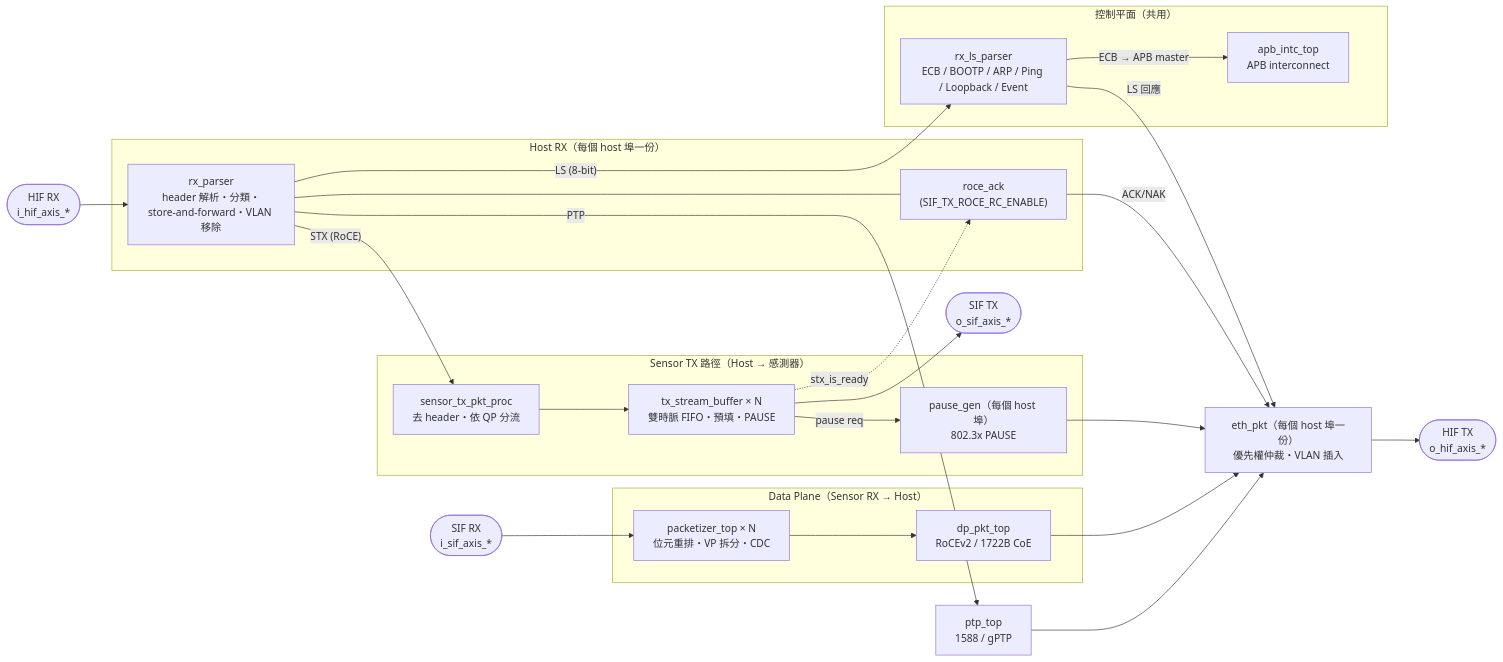
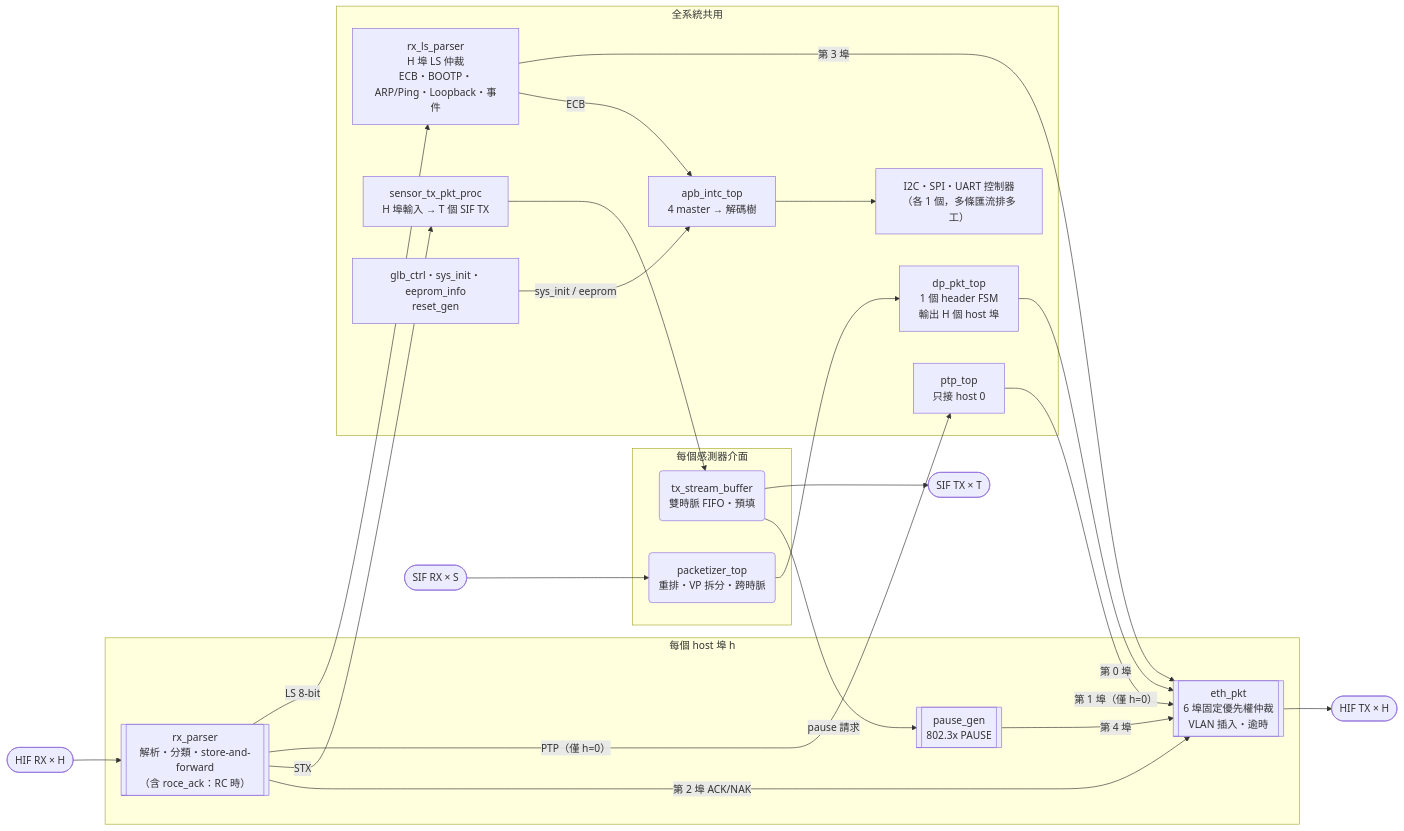
One commit to blue31606/hsb-ana changed the second of 6 diagrams in docs/architecture/overview.md. Above: the diagram before and after it, drawn with Mermaid. The commit also changed other lines of this file and 13 other files, not shown here.

First line of the commit message:
v5: redraw block views, deepen control plane, RoCE, CDC and bridge

````diff
--- a/docs/architecture/overview.md
+++ b/docs/architecture/overview.md
@@ -32,46 +36,45 @@
 ```mermaid
 flowchart LR
-  MACRX(["HIF RX<br/>i_hif_axis_*"])
-  MACTX(["HIF TX<br/>o_hif_axis_*"])
-  SIFRX(["SIF RX<br/>i_sif_axis_*"])
-  SIFTX(["SIF TX<br/>o_sif_axis_*"])
+  MACRX(["HIF RX × H"])
+  MACTX(["HIF TX × H"])
+  SIFRX(["SIF RX × S"])
+  SIFTX(["SIF TX × T"])
 
-  subgraph RX["Host RX（每個 host 埠一份）"]
-    RXP["rx_parser<br/>header 解析・分類・<br/>store-and-forward・VLAN 移除"]
-    RACK["roce_ack<br/>(SIF_TX_ROCE_RC_ENABLE)"]
+  subgraph PERHOST["每個 host 埠 h"]
+    RXP[["rx_parser<br/>解析・分類・store-and-forward<br/>（含 roce_ack：RC 時）"]]
+    ETH[["eth_pkt<br/>6 埠固定優先權仲裁<br/>VLAN 插入・逾時"]]
+    PG[["pause_gen<br/>802.3x PAUSE"]]
   end
 
-  subgraph CTRL["控制平面（共用）"]
-    LSP["rx_ls_parser<br/>ECB / BOOTP / ARP / Ping / Loopback / Event"]
-    APB["apb_intc_top<br/>APB interconnect"]
+  subgraph SHARED["全系統共用"]
+    LSP["rx_ls_parser<br/>H 埠 LS 仲裁<br/>ECB・BOOTP・ARP/Ping・Loopback・事件"]
+    PTP["ptp_top<br/>只接 host 0"]
+    DPP["dp_pkt_top<br/>1 個 header FSM<br/>輸出 H 個 host 埠"]
+    STXP["sensor_tx_pkt_proc<br/>H 埠輸入 → T 個 SIF TX"]
+    APB["apb_intc_top<br/>4 master → 解碼樹"]
+    GLB["glb_ctrl・sys_init・eeprom_info<br/>reset_gen"]
+    PERI["I2C・SPI・UART 控制器<br/>（各 1 個，多條匯流排多工）"]
   end
 
-  subgraph STX["Sensor TX 路徑（Host → 感測器）"]
-    STXP["sensor_tx_pkt_proc<br/>去 header・依 QP 分流"]
-    TSB["tx_stream_buffer × N<br/>雙時脈 FIFO・預填・PAUSE"]
-    PG["pause_gen（每個 host 埠）<br/>802.3x PAUSE"]
+  subgraph PERSIF["每個感測器介面"]
+    PKZ("packetizer_top<br/>重排・VP 拆分・跨時脈")
+    TSB("tx_stream_buffer<br/>雙時脈 FIFO・預填")
   end
 
-  subgraph DP["Data Plane（Sensor RX → Host）"]
-    PKZ["packetizer_top × N<br/>位元重排・VP 拆分・CDC"]
-    DPP["dp_pkt_top<br/>RoCEv2 / 1722B CoE"]
-  end
-
-  PTP["ptp_top<br/>1588 / gPTP"]
-  ETH["eth_pkt（每個 host 埠一份）<br/>優先權仲裁・VLAN 插入"]
-
   MACRX --> RXP
-  RXP --- RACK
-  RXP -- "LS (8-bit)" --> LSP
-  RXP -- "STX (RoCE)" --> STXP
-  RXP -- "PTP" --> PTP
-  RACK -- "ACK/NAK" --> ETH
+  RXP -- "LS 8-bit" --> LSP
+  RXP -- "PTP（僅 h=0）" --> PTP
+  RXP -- "STX" --> STXP
   STXP --> TSB --> SIFTX
-  TSB -- "pause req" --> PG --> ETH
-  TSB -. "stx_is_ready" .-> RACK
-  SIFRX --> PKZ --> DPP --> ETH
-  LSP -- "LS 回應" --> ETH
-  PTP --> ETH
+  TSB -- "pause 請求" --> PG
+  SIFRX --> PKZ --> DPP
+  DPP -- "第 0 埠" --> ETH
+  PTP -- "第 1 埠（僅 h=0）" --> ETH
+  RXP -- "第 2 埠 ACK/NAK" --> ETH
+  LSP -- "第 3 埠" --> ETH
+  PG -- "第 4 埠" --> ETH
   ETH --> MACTX
-  LSP -- "ECB → APB master" --> APB
+  LSP -- "ECB" --> APB
+  GLB -- "sys_init / eeprom" --> APB
+  APB --> PERI
 ```
````
